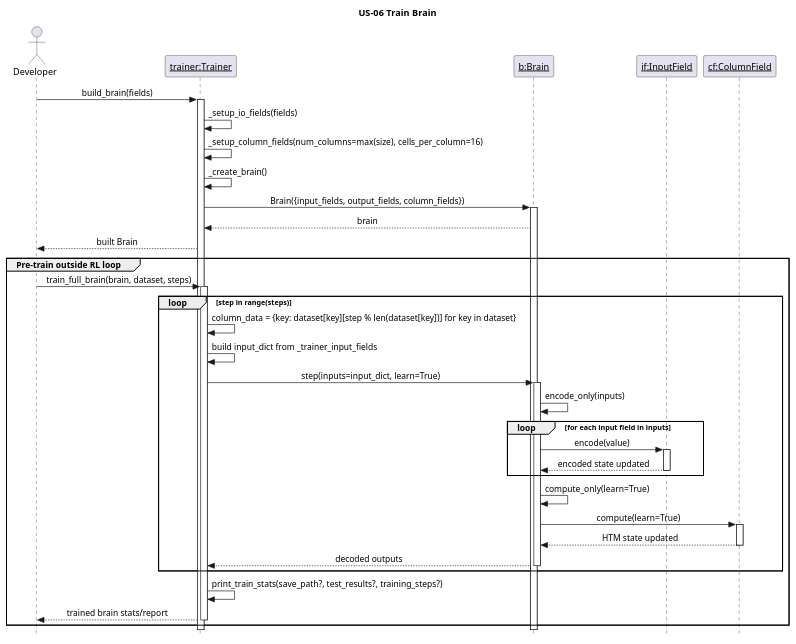
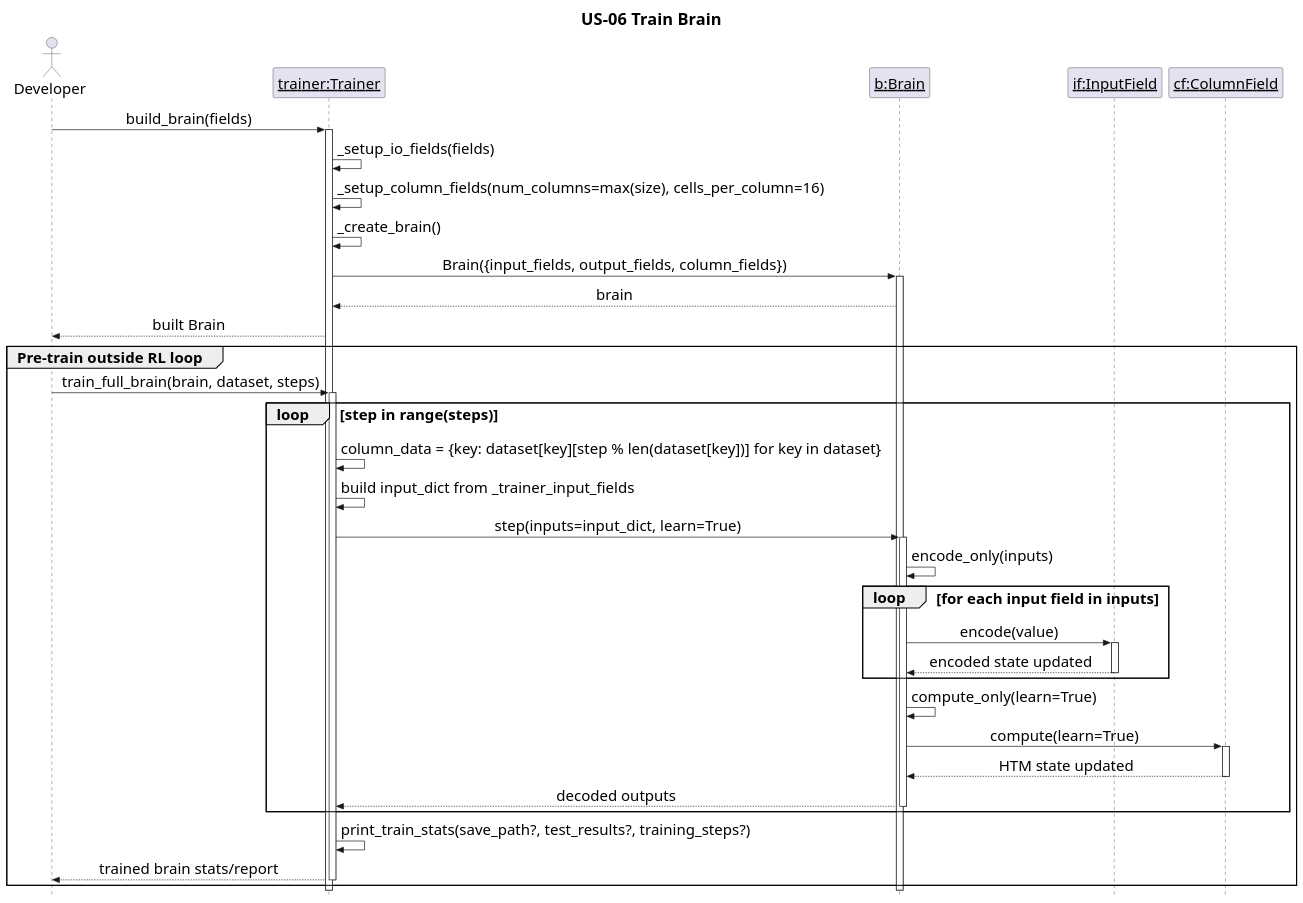
The diagram in docs/puml/US/us-06.puml (egrembocki/htmrl), drawn with PlantUML before and after one commit. The commit also changed 23 other files, not shown here.

```diff
--- a/docs/puml/US/us-06.puml
+++ b/docs/puml/US/us-06.puml
@@ -1,55 +1,60 @@
 @startuml
+scale 2000 width
+
 skinparam style strictuml
+skinparam defaultFontSize 22
+skinparam TitleFontSize 24
+skinparam ObjectFontSize 30
 skinparam sequenceMessageAlign center
 skinparam responseMessageBelowArrow true
 
 title US-06 Train Brain
 
 actor Developer as Dev
 participant "<u>trainer:Trainer</u>" as TR
 participant "<u>b:Brain</u>" as BR
 participant "<u>if:InputField</u>" as IF
 participant "<u>cf:ColumnField</u>" as CF
 
 Dev -> TR: build_brain(fields)
 activate TR
 TR -> TR: _setup_io_fields(fields)
 TR -> TR: _setup_column_fields(num_columns=max(size), cells_per_column=16)
 TR -> TR: _create_brain()
 TR -> BR: Brain({input_fields, output_fields, column_fields})
 activate BR
 BR --> TR: brain
 TR --> Dev: built Brain
 
 group Pre-train outside RL loop
   Dev -> TR: train_full_brain(brain, dataset, steps)
   activate TR
   loop step in range(steps)
     TR -> TR: column_data = {key: dataset[key][step % len(dataset[key])] for key in dataset}
     TR -> TR: build input_dict from _trainer_input_fields
     TR -> BR: step(inputs=input_dict, learn=True)
     activate BR
     BR -> BR: encode_only(inputs)
     loop for each input field in inputs
       BR -> IF: encode(value)
       activate IF
       IF --> BR: encoded state updated
       deactivate IF
     end
     BR -> BR: compute_only(learn=True)
     BR -> CF: compute(learn=True)
     activate CF
     CF --> BR: HTM state updated
     deactivate CF
     BR --> TR: decoded outputs
     deactivate BR
   end
 
   TR -> TR: print_train_stats(save_path?, test_results?, training_steps?)
   TR --> Dev: trained brain stats/report
   deactivate TR
 end
 
 deactivate BR
 deactivate TR
 @enduml
```
